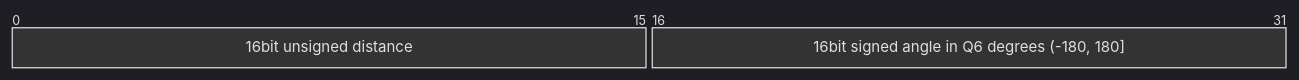
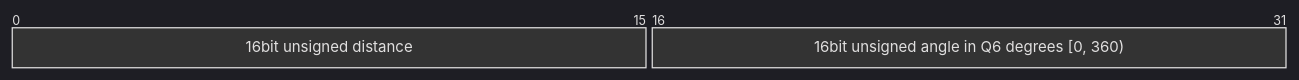
Before and after one commit to kei185/sensor-echo: the diagram in docs/frame.md, drawn with Mermaid. The commit also changed other lines of this file and 2 other files, not shown here.

````diff
--- a/docs/frame.md
+++ b/docs/frame.md
@@ -25,7 +25,7 @@
 ```mermaid
 %%{init: {'theme': 'dark'}}%%
 
 packet
 +16: "16bit unsigned distance"
-+16: "16bit signed angle in Q6 degrees (-180, 180]"
++16: "16bit unsigned angle in Q6 degrees [0, 360)"
 ```
````
